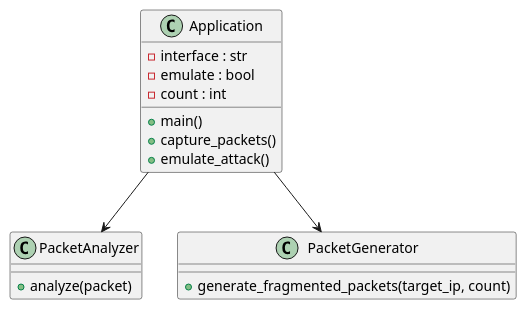
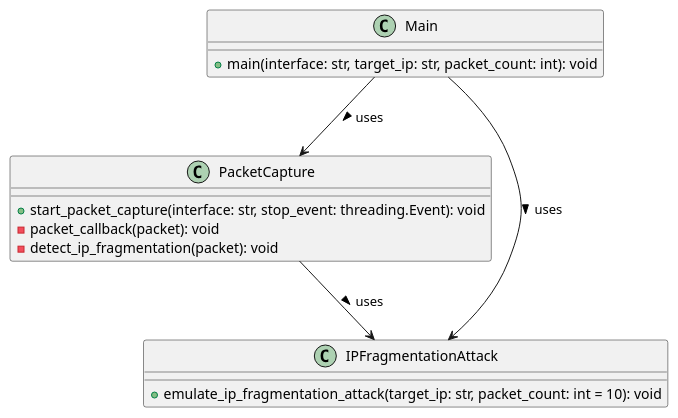
The fourth of 5 diagrams in Network anomaly detection/Annotation.md (Logo95/Networks_lessons), drawn with PlantUML before and after one commit.

Commit message:
some changes

````diff
--- a/Network anomaly detection/Annotation.md
+++ b/Network anomaly detection/Annotation.md
@@ -54,23 +54,22 @@
 ```plantuml
 @startuml
-class Application {
-  -interface : str
-  -emulate : bool
-  -count : int
-  +main()
-  +capture_packets()
-  +emulate_attack()
+class PacketCapture {
+    + start_packet_capture(interface: str, stop_event: threading.Event): void
+    - packet_callback(packet): void
+    - detect_ip_fragmentation(packet): void
 }
 
-class PacketAnalyzer {
-  +analyze(packet)
+class IPFragmentationAttack {
+    + emulate_ip_fragmentation_attack(target_ip: str, packet_count: int = 10): void
 }
 
-class PacketGenerator {
-  +generate_fragmented_packets(target_ip, count)
+class Main {
+    + main(interface: str, target_ip: str, packet_count: int): void
 }
 
-Application --> PacketAnalyzer
-Application --> PacketGenerator
+PacketCapture --> IPFragmentationAttack : uses >
+Main --> PacketCapture : uses >
+Main --> IPFragmentationAttack : uses >
 @enduml
+
 ```
````
